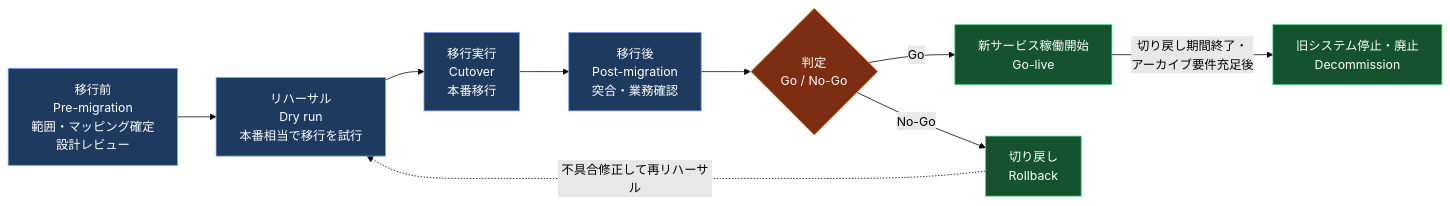
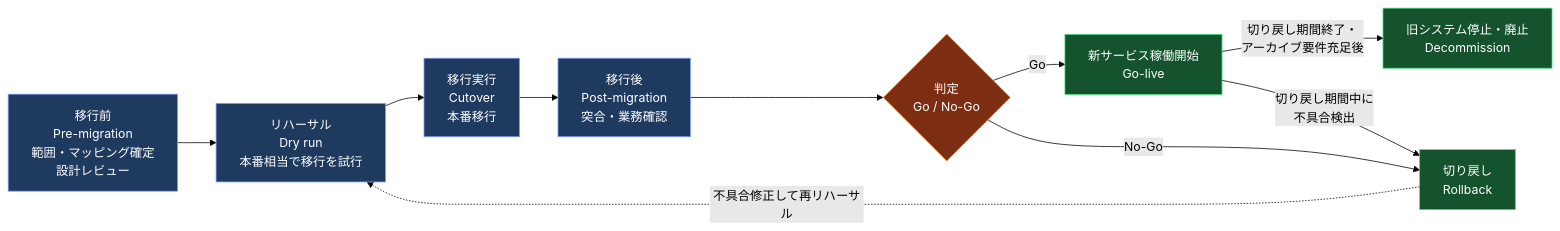
One commit to myoshi2891/Quality-Assurance-Studies changed the sixth of 10 diagrams in Iso-29119-14-guide.md. Above: the diagram before and after it, drawn with Mermaid (forest theme). The commit also changed other lines of this file and 1 other file, not shown here.

````diff
--- a/Iso-29119-14-guide.md
+++ b/Iso-29119-14-guide.md
@@ -308,18 +308,19 @@
 ```mermaid
 flowchart LR
     PH1["移行前<br/>Pre-migration<br/>範囲・マッピング確定<br/>設計レビュー"] --> PH2["リハーサル<br/>Dry run<br/>本番相当で移行を試行"]
     PH2 --> PH3["移行実行<br/>Cutover<br/>本番移行"]
     PH3 --> PH4["移行後<br/>Post-migration<br/>突合・業務確認"]
     PH4 --> PH5{"判定<br/>Go / No-Go"}
     PH5 -->|"Go"| PH6["新サービス稼働開始<br/>Go-live"]
     PH6 -->|"切り戻し期間終了・<br/>アーカイブ要件充足後"| PH8["旧システム停止・廃止<br/>Decommission"]
     PH5 -->|"No-Go"| PH7["切り戻し<br/>Rollback"]
+    PH6 -->|"切り戻し期間中に<br/>不具合検出"| PH7
     PH7 -. "不具合修正して再リハーサル" .-> PH2
 
     classDef phase fill:#1f3a5f,stroke:#7c9eff,color:#ffffff
     classDef decide fill:#7c2d12,stroke:#fb923c,color:#ffffff
     classDef endok fill:#14532d,stroke:#4ade80,color:#ffffff
     class PH1,PH2,PH3,PH4 phase
     class PH5 decide
     class PH6,PH7,PH8 endok
 ```
````
